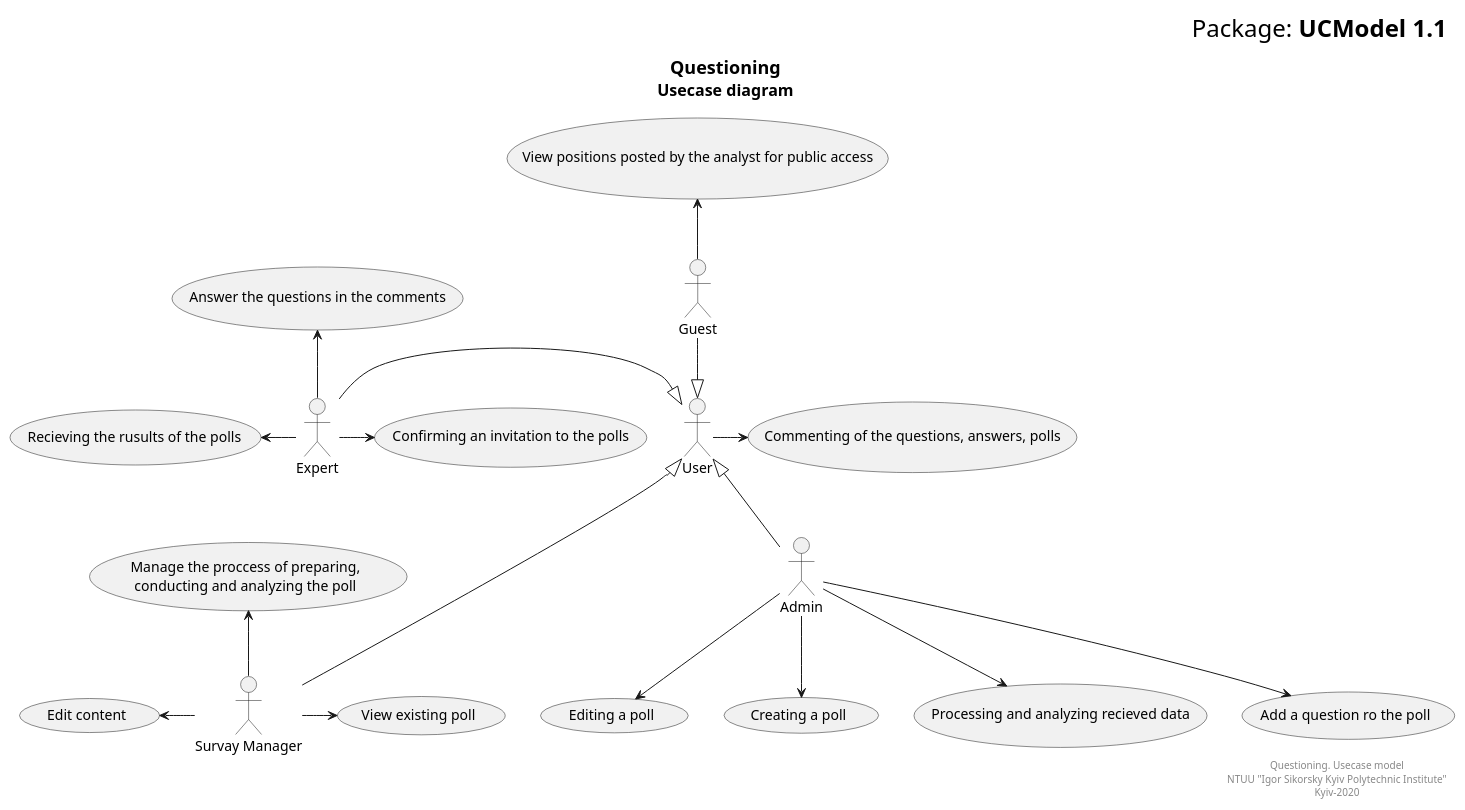
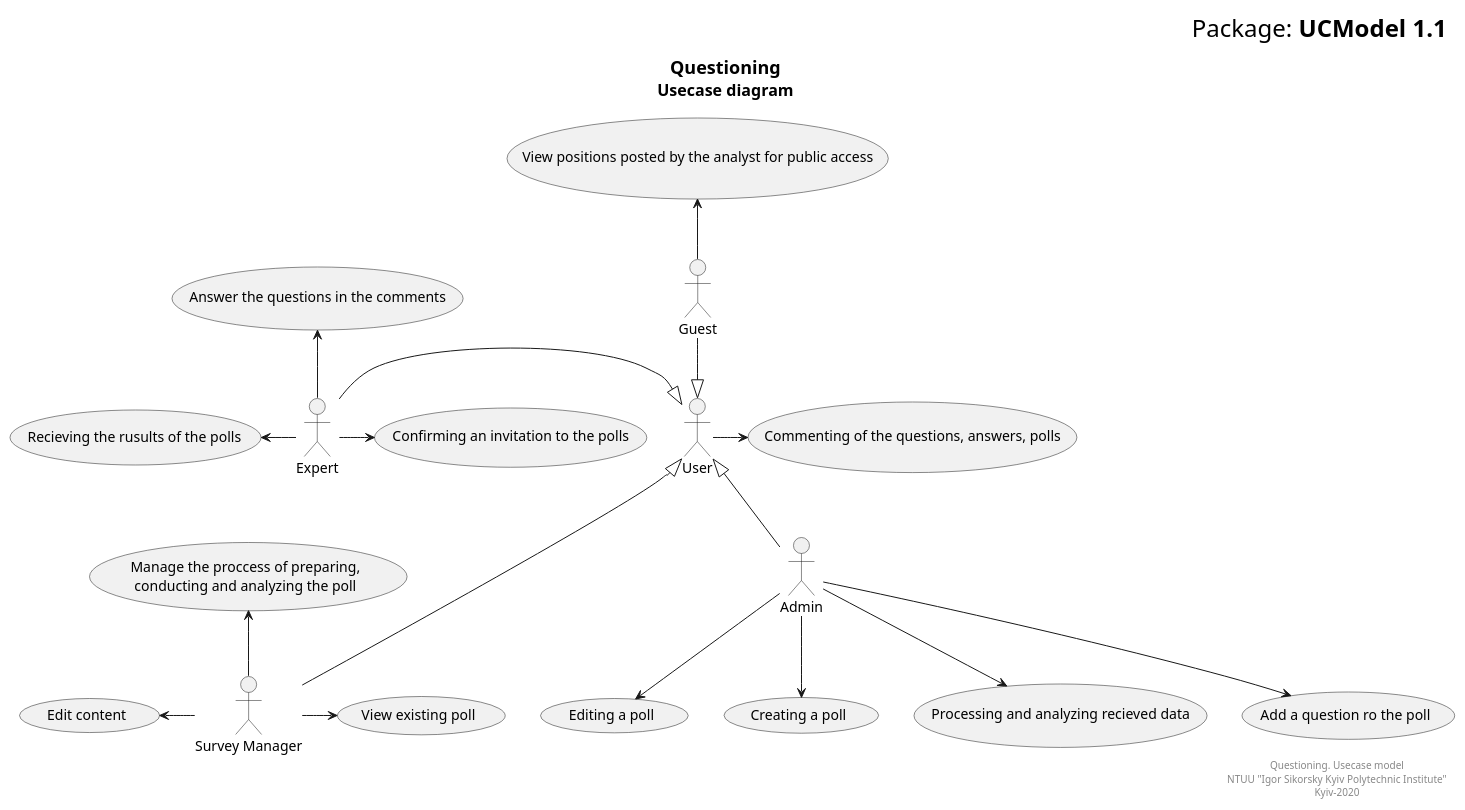
One commit to teramont/databaseQuestioning changed the diagram in Information/Diagrams/usecasemodel/main.pu. Above: the diagram before and after it, drawn with PlantUML.

```diff
--- a/Information/Diagrams/usecasemodel/main.pu
+++ b/Information/Diagrams/usecasemodel/main.pu
@@ -1,67 +1,67 @@
 @startuml
 right header
 <font size=24 color=black>Package: <b>UCModel 1.1
 end header
 
 title
 <font size=18 color=black>Questioning
 <font size=16 color=black>Usecase diagram
 end title
 
 
  actor Admin
  actor Guest
  actor User
  actor Expert
- actor "Survay Manager" as SM
+ actor "Survey Manager" as SM
  
  usecase "Editing a poll" as UC1
  usecase "Creating a poll" as UC2
  usecase "Processing and analyzing recieved data" as UC3
  usecase "Add a question ro the poll" as UC4
  
  
  usecase "Commenting of the questions, answers, polls" as UC5
  usecase "View positions posted by the analyst for public access" as UC6
 
  usecase "Manage the proccess of preparing,\nconducting and analyzing the poll" as UC7
  usecase "Edit content" as UC8
  usecase "View existing poll" as UC9
  
  usecase "Confirming an invitation to the polls" as UC10
  usecase "Recieving the rusults of the polls" as UC11
  usecase "Answer the questions in the comments" as UC12
  
  'Usecases for Admin
  Admin --> UC1
  Admin --> UC2
  Admin --> UC3
  Admin --> UC4
  Admin -up-|> User
  
  'Usecases for User
  User -right->UC5
 
  
  'Usecases for Guest
  Guest -up->UC6
  Guest --|> User
  
- 'Usecases for Survay Manager
+ 'Usecases for Survey Manager
  SM -up->UC7
  SM -left->UC8
  SM ->UC9
  SM -u--|>User
  
  'Usecases for Expert
  Expert ->UC10
  Expert -left->UC11
  Expert -up->UC12
  Expert -|>User
  
  right footer
  Questioning. Usecase model
  NTUU "Igor Sikorsky Kyiv Polytechnic Institute"
  Kyiv-2020
  end footer
  @enduml
```
